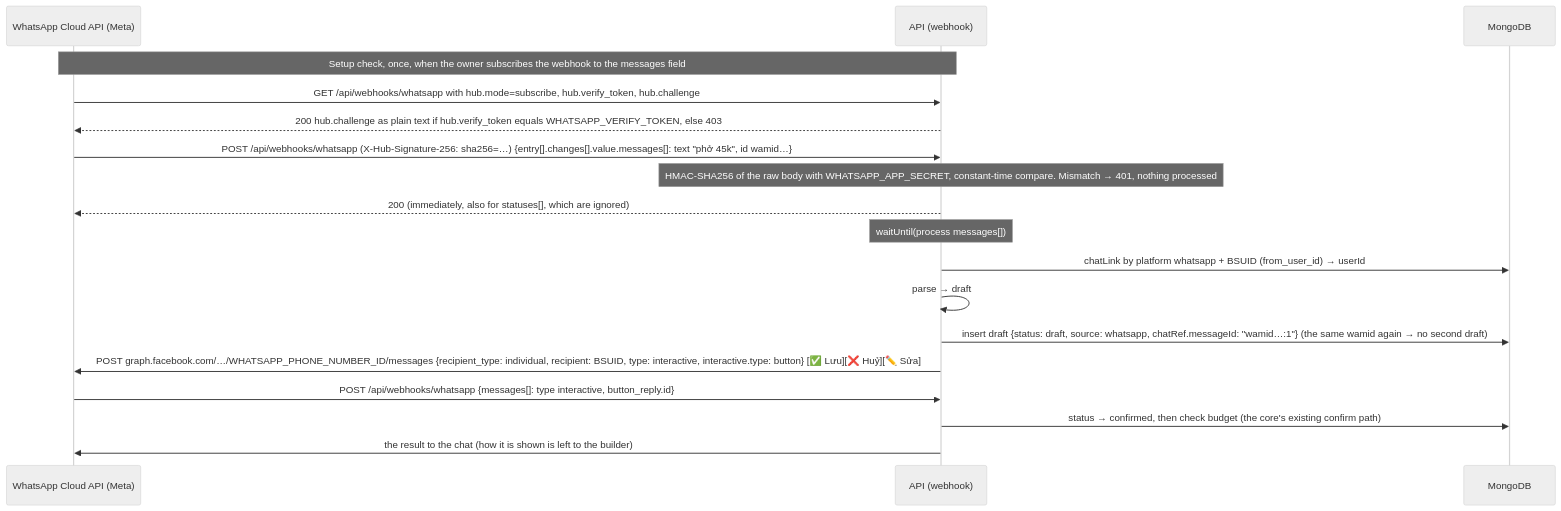
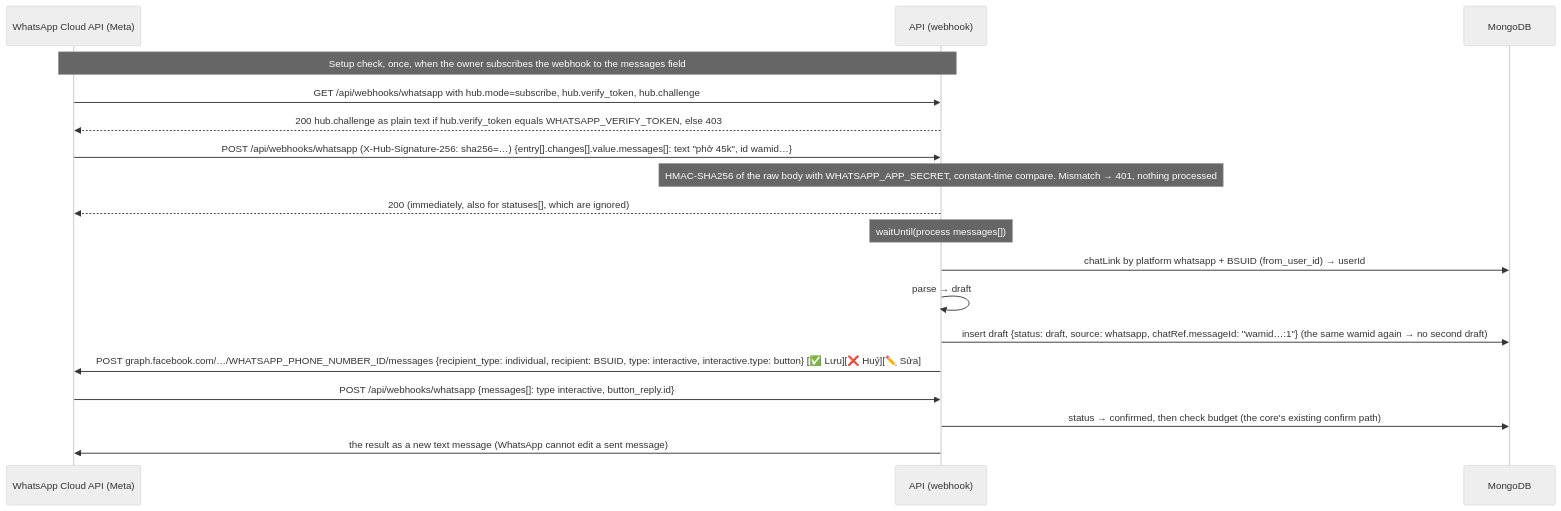
One commit to dangnguyenducanh/Zalo-Tele-intergrated-financial-apps changed the fifth of 14 diagrams in docs/01-architecture.md. Above: the diagram before and after it, drawn with Mermaid (neutral theme). The commit also changed other lines of this file and 39 other files, not shown here.

First line of the commit message:
feat(whatsapp): WhatsApp bot on the Cloud API: link, drafts with buttons, receipts (#74) (#127)

````diff
--- a/docs/01-architecture.md
+++ b/docs/01-architecture.md
@@ -160,20 +160,20 @@
 ```mermaid
 sequenceDiagram
     participant W as WhatsApp Cloud API (Meta)
     participant A as API (webhook)
     participant D as MongoDB
     Note over W,A: Setup check, once, when the owner subscribes the webhook to the messages field
     W->>A: GET /api/webhooks/whatsapp with hub.mode=subscribe, hub.verify_token, hub.challenge
     A-->>W: 200 hub.challenge as plain text if hub.verify_token equals WHATSAPP_VERIFY_TOKEN, else 403
     W->>A: POST /api/webhooks/whatsapp (X-Hub-Signature-256: sha256=…) {entry[].changes[].value.messages[]: text "phở 45k", id wamid…}
     Note over A: HMAC-SHA256 of the raw body with WHATSAPP_APP_SECRET, constant-time compare. Mismatch → 401, nothing processed
     A-->>W: 200 (immediately, also for statuses[], which are ignored)
     Note over A: waitUntil(process messages[])
     A->>D: chatLink by platform whatsapp + BSUID (from_user_id) → userId
     A->>A: parse → draft
     A->>D: insert draft {status: draft, source: whatsapp, chatRef.messageId: "wamid…:1"} (the same wamid again → no second draft)
     A->>W: POST graph.facebook.com/…/WHATSAPP_PHONE_NUMBER_ID/messages {recipient_type: individual, recipient: BSUID, type: interactive, interactive.type: button} [✅ Lưu][❌ Huỷ][✏️ Sửa]
     W->>A: POST /api/webhooks/whatsapp {messages[]: type interactive, button_reply.id}
     A->>D: status → confirmed, then check budget (the core's existing confirm path)
-    A->>W: the result to the chat (how it is shown is left to the builder)
+    A->>W: the result as a new text message (WhatsApp cannot edit a sent message)
 ```
````
